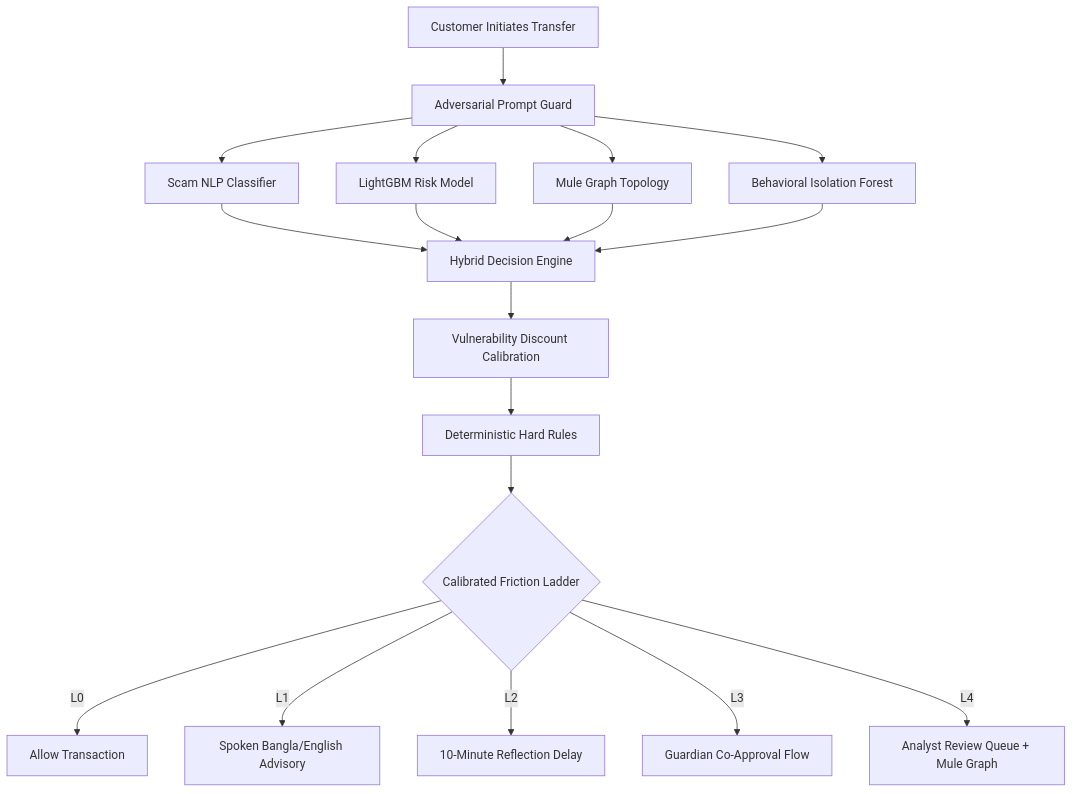
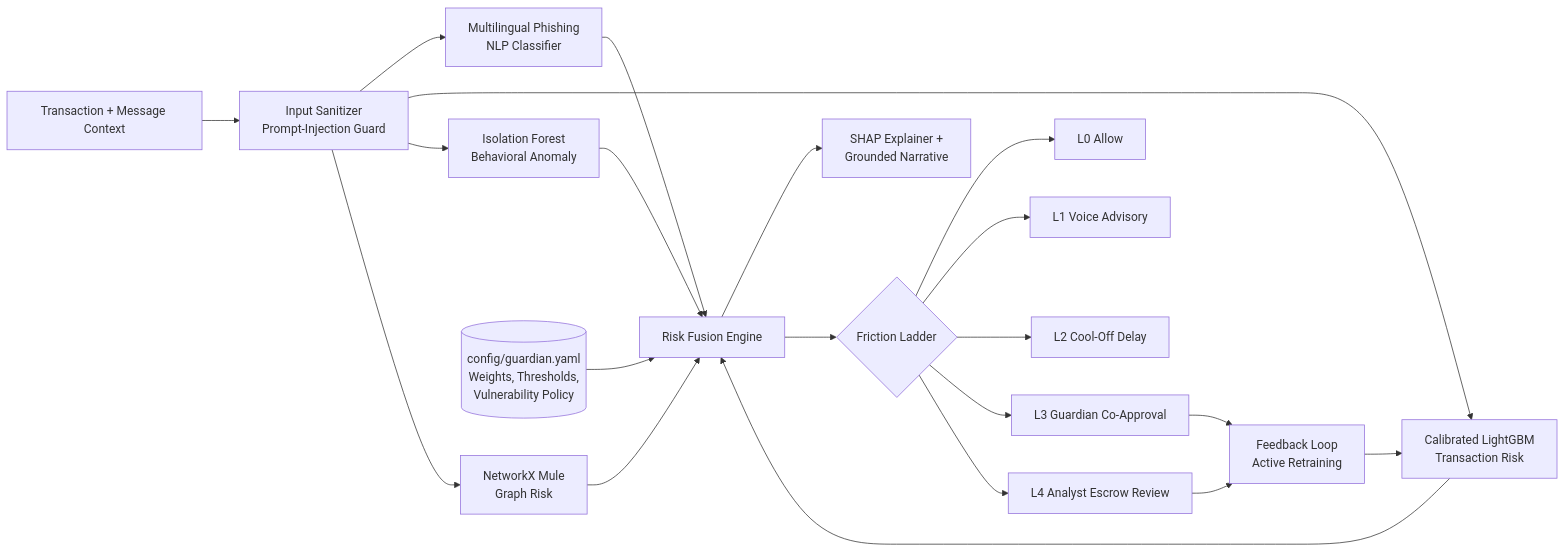
One commit to RashedulIslamTasif/Upay_Guardian changed the diagram in README.md. Above: the diagram before and after it, drawn with Mermaid. The commit also changed other lines of this file, not shown here.

Commit message:
updated README.md after the resolving of the feedback

````diff
--- a/README.md
+++ b/README.md
@@ -220,17 +241,23 @@
 ```mermaid
-graph TD
-    A[Customer Initiates Transfer] --> B[Adversarial Prompt Guard]
-    B --> C[Scam NLP Classifier]
-    B --> D[LightGBM Risk Model]
-    B --> E[Mule Graph Topology]
-    B --> F[Behavioral Isolation Forest]
-    C & D & E & F --> G[Hybrid Decision Engine]
-    G --> H[Vulnerability Discount Calibration]
-    H --> I[Deterministic Hard Rules]
-    I --> J{Calibrated Friction Ladder}
-    J -->|L0| K[Allow Transaction]
-    J -->|L1| L[Spoken Bangla/English Advisory]
-    J -->|L2| M[10-Minute Reflection Delay]
-    J -->|L3| N[Guardian Co-Approval Flow]
-    J -->|L4| O[Analyst Review Queue + Mule Graph]
+flowchart LR
+    A[Transaction + Message Context] --> B[Input Sanitizer<br/>Prompt-Injection Guard]
+    B --> C[Multilingual Phishing<br/>NLP Classifier]
+    B --> D[Calibrated LightGBM<br/>Transaction Risk]
+    B --> E[Isolation Forest<br/>Behavioral Anomaly]
+    B --> F[NetworkX Mule<br/>Graph Risk]
+    C --> G[Risk Fusion Engine]
+    D --> G
+    E --> G
+    F --> G
+    H[(config/guardian.yaml<br/>Weights, Thresholds,<br/>Vulnerability Policy)] --> G
+    G --> I[SHAP Explainer +<br/>Grounded Narrative]
+    G --> J{Friction Ladder}
+    J --> L0[L0 Allow]
+    J --> L1[L1 Voice Advisory]
+    J --> L2[L2 Cool-Off Delay]
+    J --> L3[L3 Guardian Co-Approval]
+    J --> L4[L4 Analyst Escrow Review]
+    L3 --> K[Feedback Loop<br/>Active Retraining]
+    L4 --> K
+    K --> D
 ```
````
